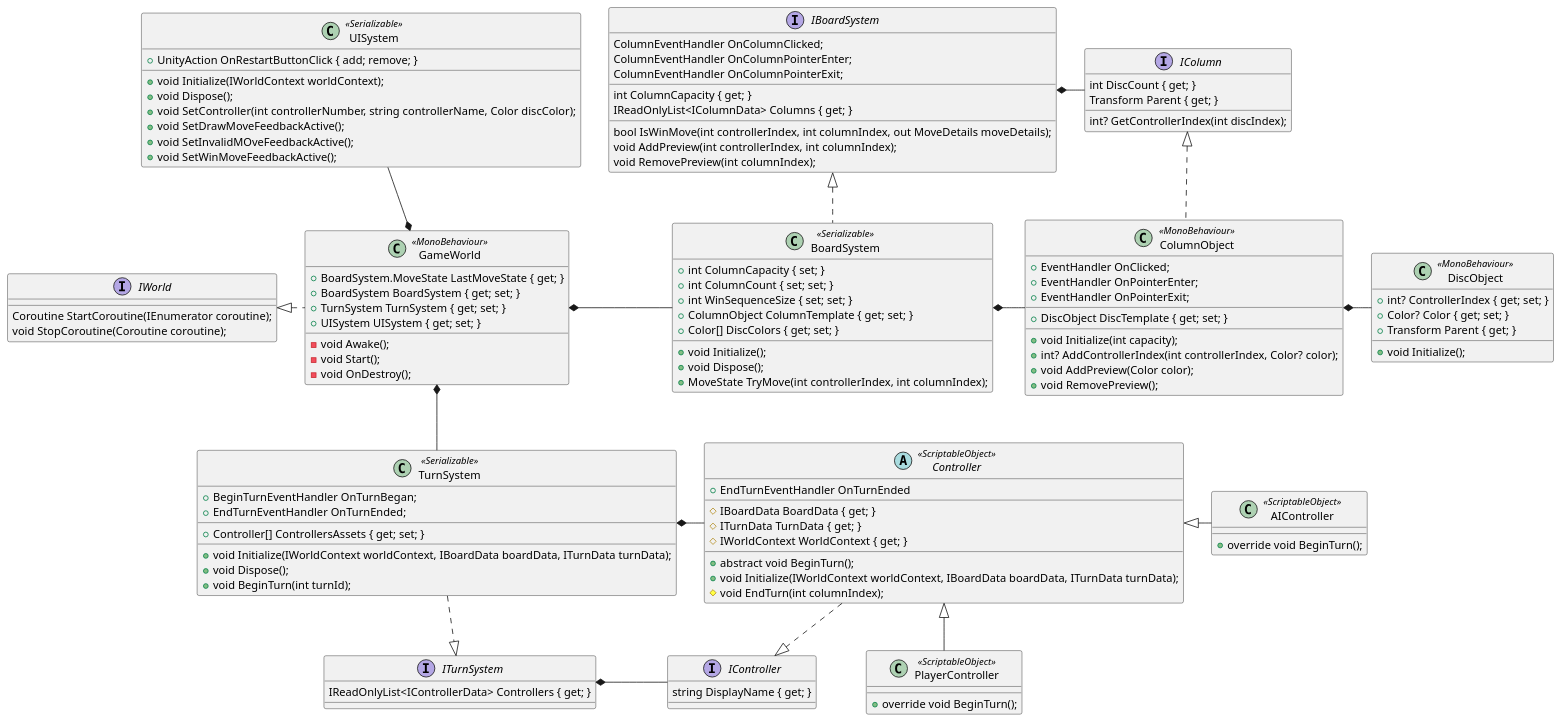
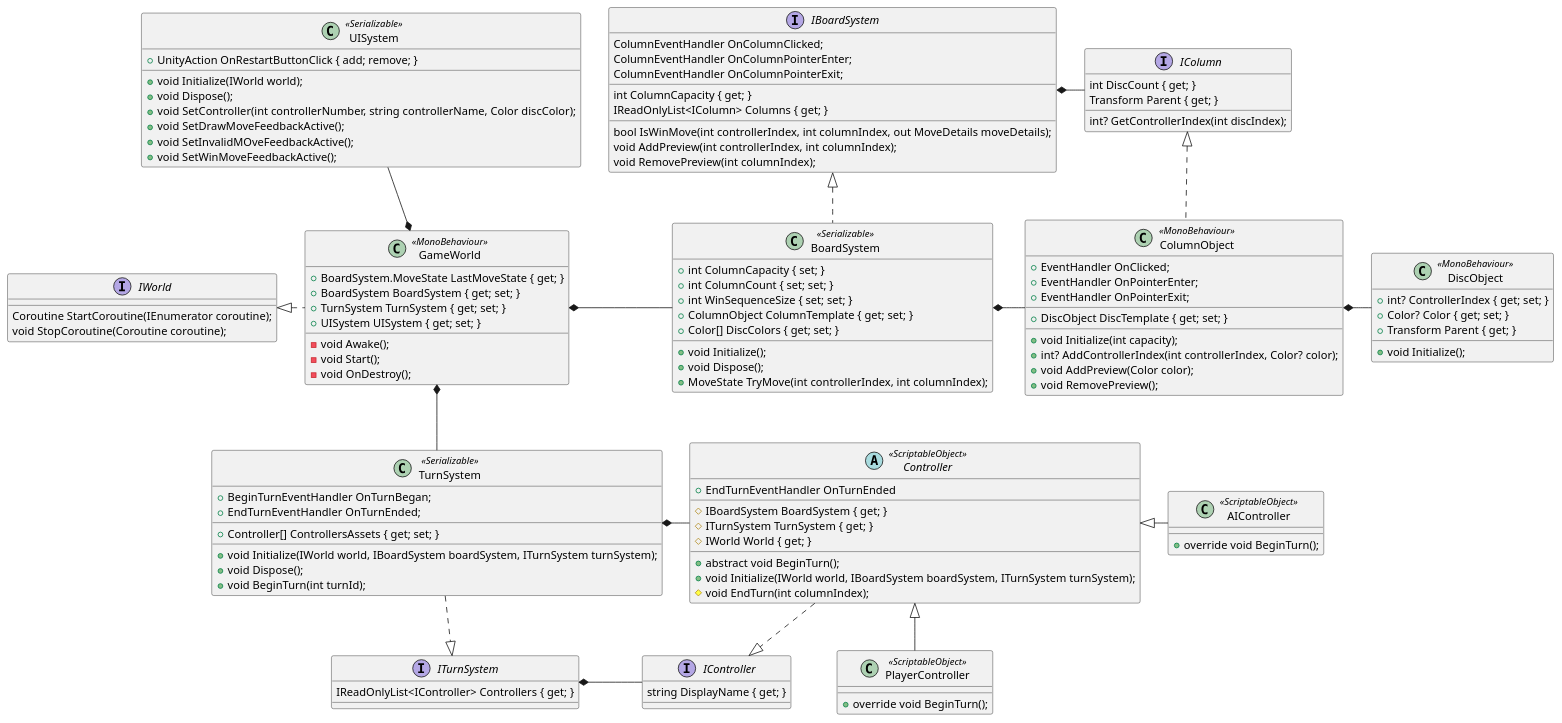
Before and after one commit to brunocoimbrar/ConnectFour: the diagram in Docs/MainArchitecture.plantUML, drawn with PlantUML.

Commit message:
Update UML to match the final naming convention

```diff
--- a/Docs/MainArchitecture.plantUML
+++ b/Docs/MainArchitecture.plantUML
@@ -1,156 +1,156 @@
 @startuml
 
 interface IWorld
 {
   Coroutine StartCoroutine(IEnumerator coroutine);
   void StopCoroutine(Coroutine coroutine);
 }
 
 class GameWorld <<MonoBehaviour>>
 {
   +BoardSystem.MoveState LastMoveState { get; }
   +BoardSystem BoardSystem { get; set; }
   +TurnSystem TurnSystem { get; set; }
   +UISystem UISystem { get; set; }
   __
   -void Awake();
   -void Start();
   -void OnDestroy();
 }
 
 interface IBoardSystem
 {
   ColumnEventHandler OnColumnClicked;
   ColumnEventHandler OnColumnPointerEnter;
   ColumnEventHandler OnColumnPointerExit;
   __
   int ColumnCapacity { get; }
-  IReadOnlyList<IColumnData> Columns { get; }
+  IReadOnlyList<IColumn> Columns { get; }
   __
   bool IsWinMove(int controllerIndex, int columnIndex, out MoveDetails moveDetails);
   void AddPreview(int controllerIndex, int columnIndex);
   void RemovePreview(int columnIndex);
 }
 
 class BoardSystem <<Serializable>>
 {
   +int ColumnCapacity { set; }
   +int ColumnCount { set; set; }
   +int WinSequenceSize { set; set; }
   +ColumnObject ColumnTemplate { get; set; }
   +Color[] DiscColors { get; set; }
   __
   +void Initialize();
   +void Dispose();
   +MoveState TryMove(int controllerIndex, int columnIndex);
 }
 
 interface IColumn
 {
   int DiscCount { get; }
   Transform Parent { get; }
   __
   int? GetControllerIndex(int discIndex);
 }
 
 class ColumnObject <<MonoBehaviour>>
 {
   +EventHandler OnClicked;
   +EventHandler OnPointerEnter;
   +EventHandler OnPointerExit;
   __
   +DiscObject DiscTemplate { get; set; }
   __
   +void Initialize(int capacity);
   +int? AddControllerIndex(int controllerIndex, Color? color);
   +void AddPreview(Color color);
   +void RemovePreview();
 }
 
 class DiscObject <<MonoBehaviour>>
 {
   +int? ControllerIndex { get; set; }
   +Color? Color { get; set; }
   +Transform Parent { get; }
   __
   +void Initialize();
 }
 
 interface ITurnSystem
 {
-  IReadOnlyList<IControllerData> Controllers { get; }
+  IReadOnlyList<IController> Controllers { get; }
 }
 
 class TurnSystem <<Serializable>>
 {
   +BeginTurnEventHandler OnTurnBegan;
   +EndTurnEventHandler OnTurnEnded;
   __
   +Controller[] ControllersAssets { get; set; }
   __
-  +void Initialize(IWorldContext worldContext, IBoardData boardData, ITurnData turnData);
+  +void Initialize(IWorld world, IBoardSystem boardSystem, ITurnSystem turnSystem);
   +void Dispose();
   +void BeginTurn(int turnId);
 }
 
 interface IController
 {
   string DisplayName { get; }
 }
 
 abstract class Controller <<ScriptableObject>>
 {
   +EndTurnEventHandler OnTurnEnded
   __
-  #IBoardData BoardData { get; }
-  #ITurnData TurnData { get; }
-  #IWorldContext WorldContext { get; }
+  #IBoardSystem BoardSystem { get; }
+  #ITurnSystem TurnSystem { get; }
+  #IWorld World { get; }
   __
   +abstract void BeginTurn();
-  +void Initialize(IWorldContext worldContext, IBoardData boardData, ITurnData turnData);
+  +void Initialize(IWorld world, IBoardSystem boardSystem, ITurnSystem turnSystem);
   #void EndTurn(int columnIndex);
 }
 
 class PlayerController <<ScriptableObject>>
 {
   +override void BeginTurn();
 }
 
 class AIController <<ScriptableObject>>
 {
   +override void BeginTurn();
 }
 
 class UISystem <<Serializable>>
 {
   +UnityAction OnRestartButtonClick { add; remove; }
   __
-  +void Initialize(IWorldContext worldContext);
+  +void Initialize(IWorld world);
   +void Dispose();
   +void SetController(int controllerNumber, string controllerName, Color discColor);
   +void SetDrawMoveFeedbackActive();
   +void SetInvalidMOveFeedbackActive();
   +void SetWinMoveFeedbackActive();
 }
 
 IWorld <|.right. GameWorld
 GameWorld *-right- BoardSystem
 GameWorld *-down- TurnSystem
 GameWorld *-up- UISystem
 
 IBoardSystem <|.down. BoardSystem
 IBoardSystem *-right- IColumn
 BoardSystem *-right- ColumnObject
 
 IColumn <|.down. ColumnObject
 ColumnObject *-right- DiscObject
 
 ITurnSystem <|.up. TurnSystem
 ITurnSystem *-right- IController
 TurnSystem *-right- Controller
 
 IController <|.up. Controller
 Controller <|-down- PlayerController
 Controller <|-right- AIController
 
 @enduml
```
